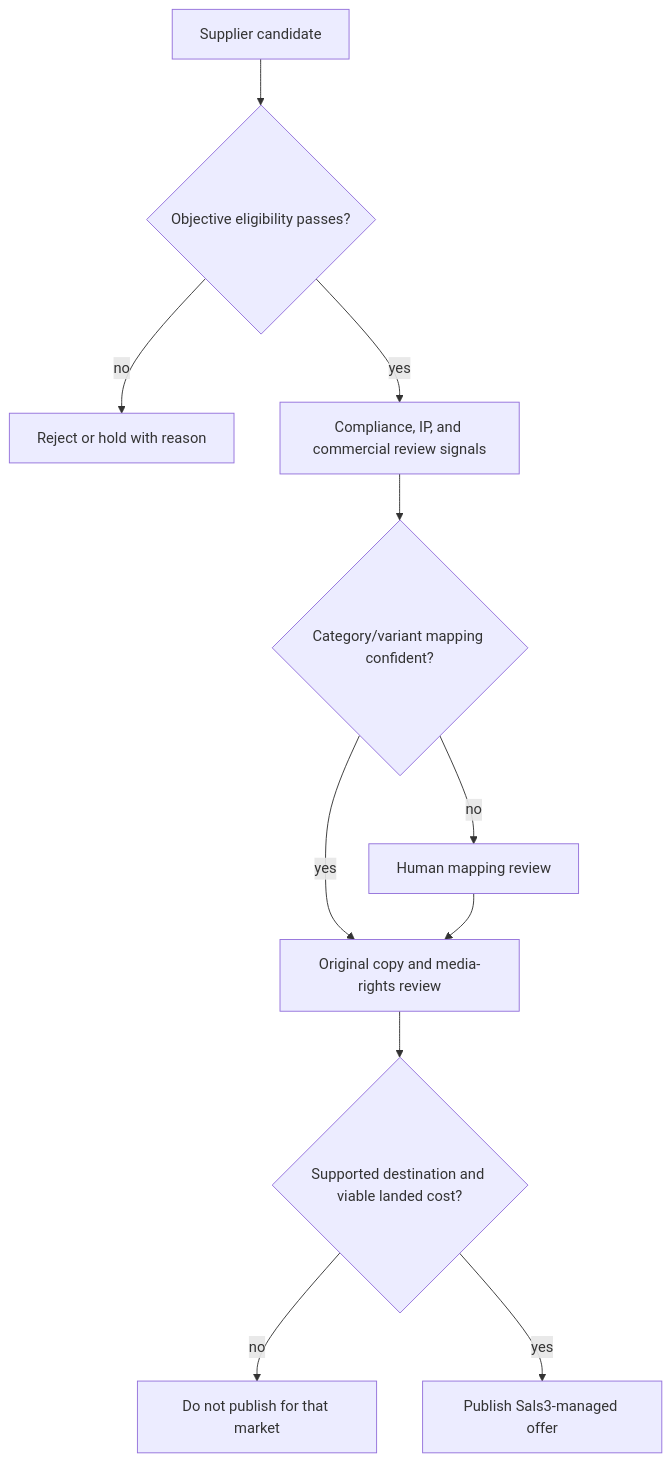
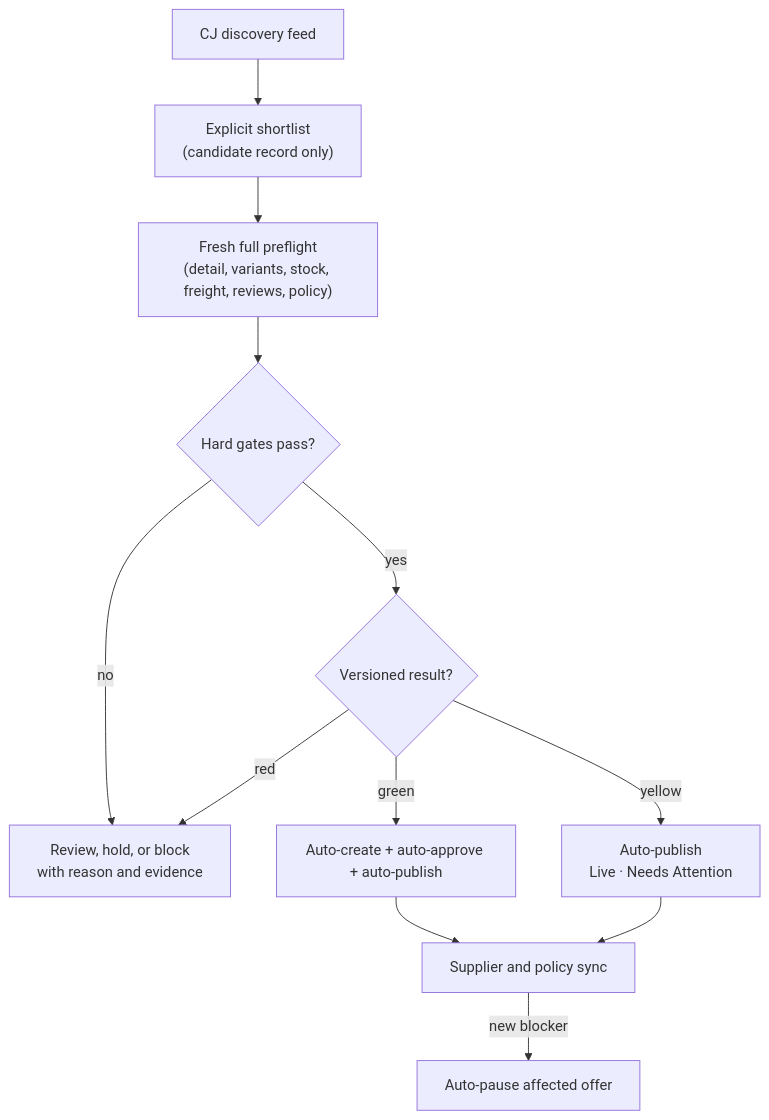
One commit to Sals3-Official/sals3-ecommerce changed the third of 3 diagrams in docs/Wiki/wiki/sals3-end-to-end-process-flow.md. Above: the diagram before and after it, drawn with Mermaid. The commit also changed other lines of this file and 13 other files, not shown here.

First line of the commit message:
docs(catalog): define CJ auto-publish flow

````diff
--- a/docs/Wiki/wiki/sals3-end-to-end-process-flow.md
+++ b/docs/Wiki/wiki/sals3-end-to-end-process-flow.md
@@ -61,13 +63,14 @@
 ```mermaid
 graph TD
-    RawFeed["Supplier candidate"] --> Technical{"Objective eligibility passes?"}
-    Technical -- no --> Reject["Reject or hold with reason"]
-    Technical -- yes --> Risk["Compliance, IP, and commercial review signals"]
-    Risk --> Mapping{"Category/variant mapping confident?"}
-    Mapping -- no --> Review["Human mapping review"]
-    Mapping -- yes --> Editorial["Original copy and media-rights review"]
-    Review --> Editorial
-    Editorial --> Quote{"Supported destination and viable landed cost?"}
-    Quote -- no --> Hold["Do not publish for that market"]
-    Quote -- yes --> Publish["Publish Sals3-managed offer"]
+    RawFeed["CJ discovery feed"] --> Shortlist["Explicit shortlist<br/>(candidate record only)"]
+    Shortlist --> Preflight["Fresh full preflight<br/>(detail, variants, stock, freight, reviews, policy)"]
+    Preflight --> Technical{"Hard gates pass?"}
+    Technical -- no --> Reject["Review, hold, or block<br/>with reason and evidence"]
+    Technical -- yes --> Score{"Versioned result?"}
+    Score -- green --> Publish["Auto-create + auto-approve + auto-publish"]
+    Score -- yellow --> Attention["Auto-publish<br/>Live · Needs Attention"]
+    Score -- red --> Reject
+    Publish --> Sync["Supplier and policy sync"]
+    Attention --> Sync
+    Sync -- new blocker --> Pause["Auto-pause affected offer"]
 ```
````
